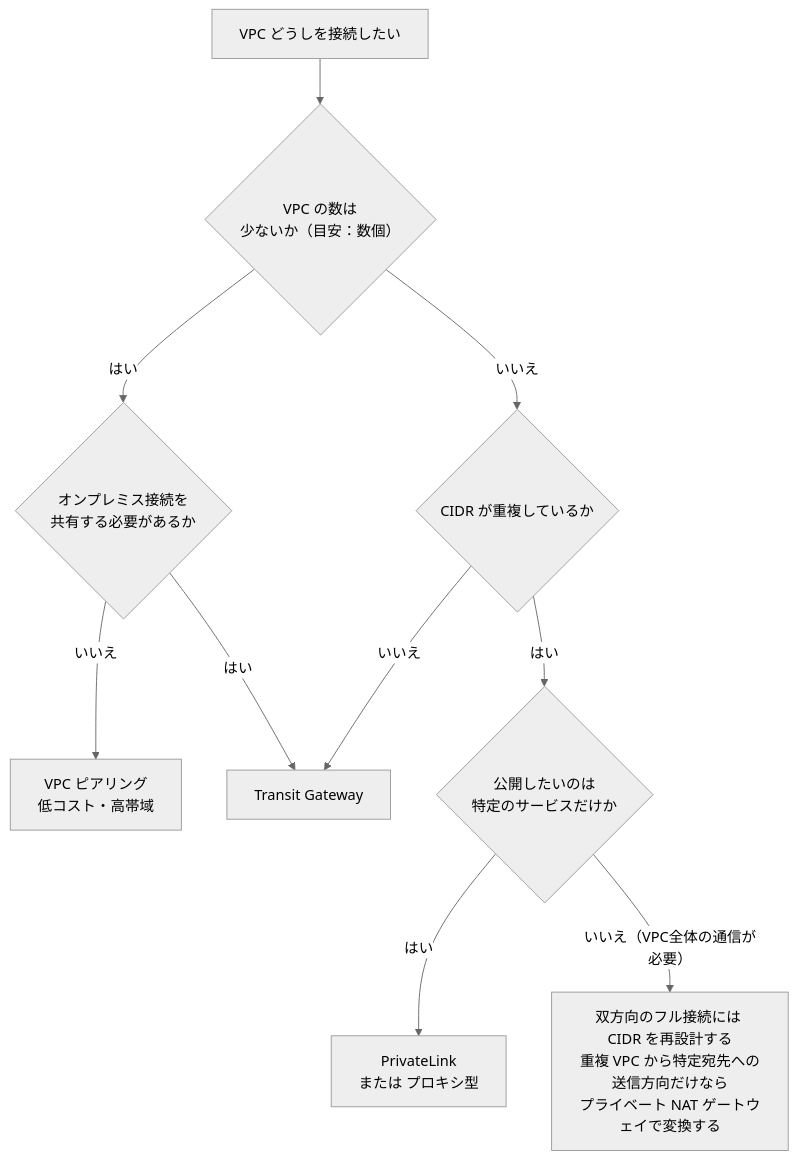
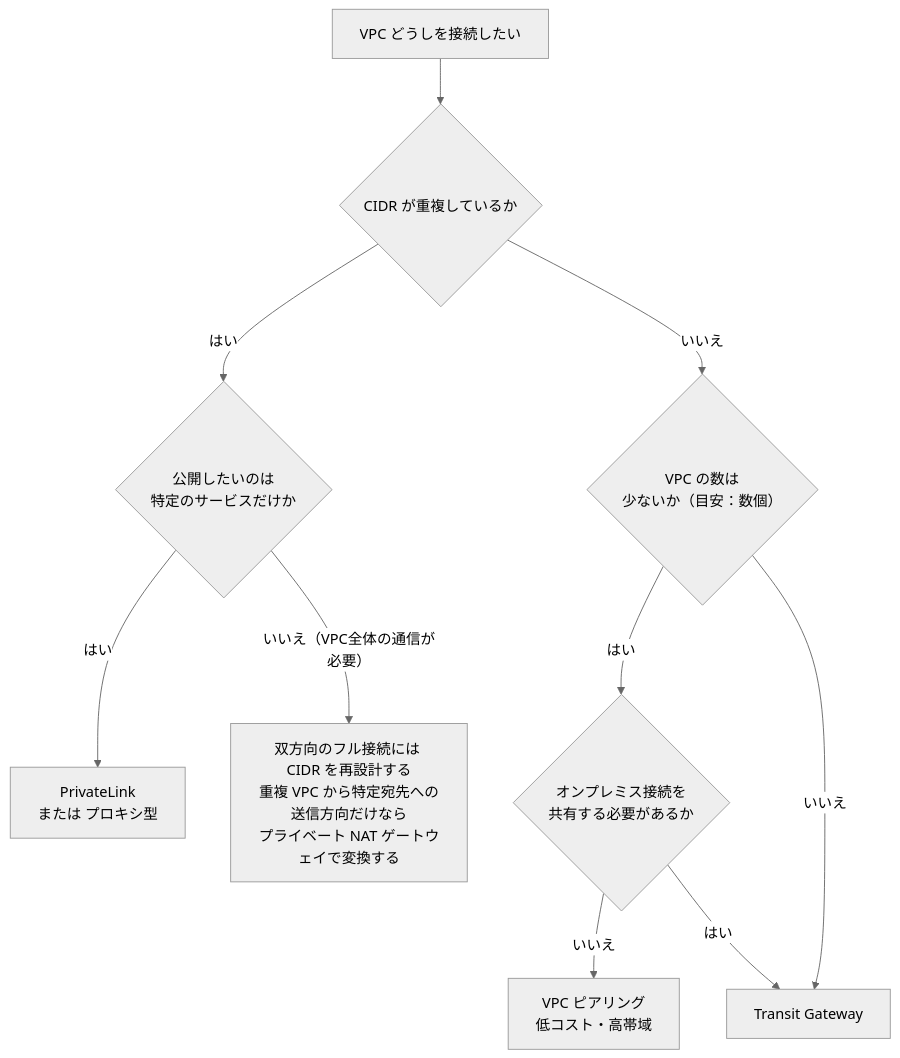
One commit to myoshi2891/Cloud-Infrastructure-and-Network-Studies changed diagram 19 of 26 in Ans-c01-domain3-network-management-operation-guide.md. Above: the diagram before and after it, drawn with Mermaid (neutral theme). The commit also changed other lines of this file and 3 other files, not shown here.

````diff
--- a/Ans-c01-domain3-network-management-operation-guide.md
+++ b/Ans-c01-domain3-network-management-operation-guide.md
@@ -1056,12 +1056,12 @@
 ```mermaid
 flowchart TD
-    A["VPC どうしを接続したい"] --> B{"VPC の数は<br/>少ないか（目安：数個）"}
+    A["VPC どうしを接続したい"] --> D{"CIDR が重複しているか"}
+    D -- "はい" --> E{"公開したいのは<br/>特定のサービスだけか"}
+    E -- "はい" --> PL["PrivateLink<br/>または プロキシ型"]
+    E -- "いいえ（VPC全体の通信が必要）" --> RE["双方向のフル接続には CIDR を再設計する<br/>重複 VPC から特定宛先への送信方向だけなら<br/>プライベート NAT ゲートウェイで変換する"]
+    D -- "いいえ" --> B{"VPC の数は<br/>少ないか（目安：数個）"}
     B -- "はい" --> C{"オンプレミス接続を<br/>共有する必要があるか"}
     C -- "いいえ" --> PEER["VPC ピアリング<br/>低コスト・高帯域"]
     C -- "はい" --> TGW["Transit Gateway"]
-    B -- "いいえ" --> D{"CIDR が重複しているか"}
-    D -- "はい" --> E{"公開したいのは<br/>特定のサービスだけか"}
-    E -- "はい" --> PL["PrivateLink<br/>または プロキシ型"]
-    E -- "いいえ（VPC全体の通信が必要）" --> RE["双方向のフル接続には CIDR を再設計する<br/>重複 VPC から特定宛先への送信方向だけなら<br/>プライベート NAT ゲートウェイで変換する"]
-    D -- "いいえ" --> TGW
+    B -- "いいえ" --> TGW
 ```
````
